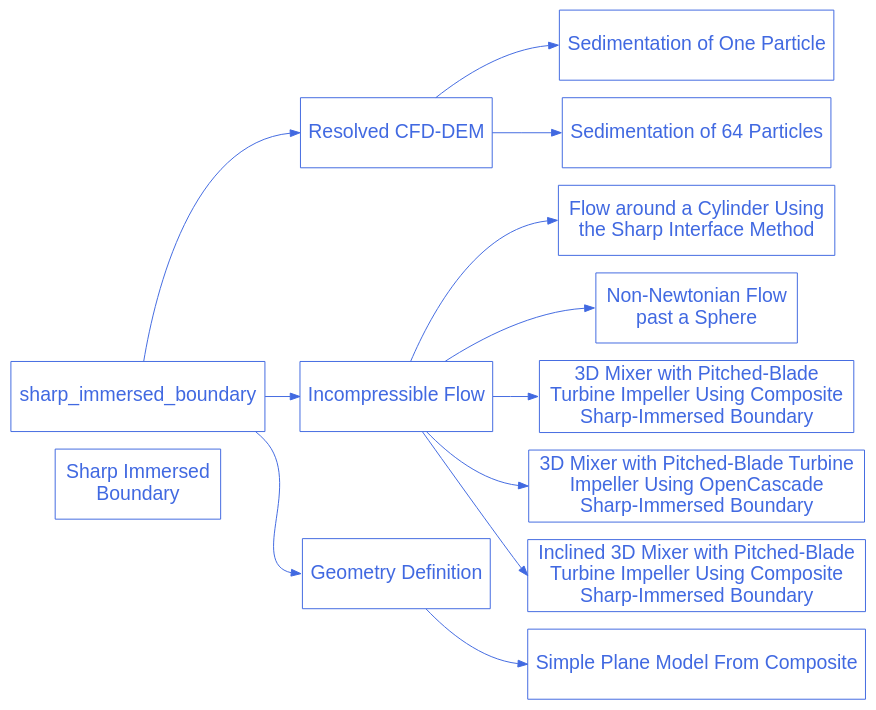
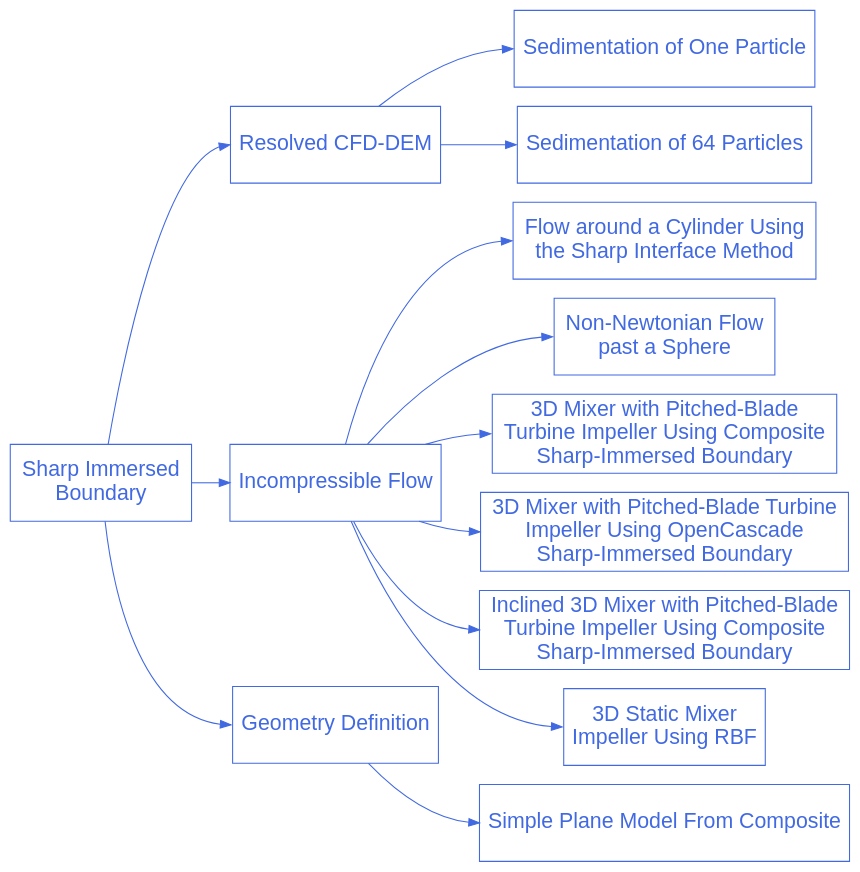
The diagram in doc/source/examples/sharp-immersed-boundary/sharp-immersed-boundary.rst (chaos-polymtl/lethe), drawn with Graphviz before and after one commit. The commit also changed 21 other files, not shown here.

First line of the commit message:
Example RBF in static mixer (#957)

```diff
--- a/doc/source/examples/sharp-immersed-boundary/sharp-immersed-boundary.rst
+++ b/doc/source/examples/sharp-immersed-boundary/sharp-immersed-boundary.rst
@@ -14,46 +14,49 @@
 .. graphviz:: 
 
     digraph sharp_diagram {
       graph [bgcolor="transparent", align=true];
       node [fontname=Arial, fontsize=20, shape=box, fontcolor=royalblue, color=royalblue, height=1];
       edge [color=royalblue];
       rankdir="LR";
       size = "9,9";
       
       sharp_immersed_boundary_solver [label="Sharp Immersed \nBoundary", href="https://lethe-cfd.github.io/lethe/documentation/examples/sharp-immersed-boundary/sharp-immersed-boundary.html"];
 
       sharp_1 [label="Resolved CFD-DEM", href="https://lethe-cfd.github.io/lethe/documentation/examples/sharp-immersed-boundary/resolved-cfd-dem.html"];
 
       sharp_1_1 [label="Sedimentation of One Particle", href="https://lethe-cfd.github.io/lethe/documentation/examples/sharp-immersed-boundary/sedimentation-1-particle/sedimentation-1-particle.html"];
 
       sharp_1_2 [label="Sedimentation of 64 Particles", href="https://lethe-cfd.github.io/lethe/documentation/examples/sharp-immersed-boundary/sedimentation-64-particles/sedimentation-64-particles.html"];
 
       sharp_2 [label="Incompressible Flow", href="https://lethe-cfd.github.io/lethe/documentation/examples/sharp-immersed-boundary/incompressible-flow.html"];
 
       sharp_2_1 [label="Flow around a Cylinder Using \nthe Sharp Interface Method", href="https://lethe-cfd.github.io/lethe/documentation/examples/sharp-immersed-boundary/cylinder-with-sharp-interface/cylinder-with-sharp-interface.html", tooltip="Flow around a cylinder using the sharp interface method"];
 
       sharp_2_2 [label="Non-Newtonian Flow \npast a Sphere", href="https://lethe-cfd.github.io/lethe/documentation/examples/sharp-immersed-boundary/sphere-carreau-with-sharp-interface/sphere-carreau-with-sharp-interface.html", tooltip="Non-Newtonian flow past a sphere"];
 
       sharp_2_3 [label="3D Mixer with Pitched-Blade \nTurbine Impeller Using Composite \nSharp-Immersed Boundary", href="https://lethe-cfd.github.io/lethe/documentation/examples/sharp-immersed-boundary/3d-composite-mixer-with-pbt-impeller/3d-composite-mixer-with-pbt-impeller.html", tooltip="3D Mixer with pitched-blade turbine impeller using Composite Sharp-immersed boundary"];
 
       sharp_2_4 [label="3D Mixer with Pitched-Blade Turbine \nImpeller Using OpenCascade \nSharp-Immersed Boundary", href="https://lethe-cfd.github.io/lethe/documentation/examples/sharp-immersed-boundary/3d-opencascade-mixer-with-pbt-impeller/3d-opencascade-mixer-with-pbt-impeller.html", tooltip="3D Mixer with pitched-blade turbine impeller using OpenCascade Sharp-immersed boundary"];
-      
+
       sharp_2_5 [label="Inclined 3D Mixer with Pitched-Blade \nTurbine Impeller Using Composite \nSharp-Immersed Boundary", href="https://lethe-cfd.github.io/lethe/documentation/examples/sharp-immersed-boundary/inclined-3d-composite-mixer-with-pbt-impeller/inclined-3d-composite-mixer-with-pbt-impeller.html", tooltip="Inclined 3D mixer with pitched-blade turbine impeller using composite sharp-immersed boundary"];
       
+      sharp_2_6 [label="3D Static Mixer \nImpeller Using RBF", href="https://lethe-cfd.github.io/lethe/documentation/examples/sharp-immersed-boundary/3d-rbf-static-mixer/3d-rbf-static-mixer.html", tooltip="3D Static Mixer \nImpeller Using RBF Sharp-immersed boundary"];
+
       sharp_3 [label="Geometry Definition", href="https://lethe-cfd.github.io/lethe/documentation/examples/sharp-immersed-boundary/geometry-definition.html"];
-      
+
       sharp_3_1 [label="Simple Plane Model From Composite", href="https://lethe-cfd.github.io/lethe/documentation/examples/sharp-immersed-boundary/sharp-immersed-boundary/simple-plane-model-from-composite.html", tooltip="Simple Plane Model From Composite"];
 
-      sharp_immersed_boundary -> sharp_1:w;
-      sharp_immersed_boundary -> sharp_2:w;
-      sharp_immersed_boundary -> sharp_3:w;
+      sharp_immersed_boundary_solver -> sharp_1:w;
+      sharp_immersed_boundary_solver -> sharp_2:w;
+      sharp_immersed_boundary_solver -> sharp_3:w;
 
       sharp_1 -> sharp_1_1:w;
       sharp_1 -> sharp_1_2:w;
       sharp_2 -> sharp_2_1:w;
       sharp_2 -> sharp_2_2:w;
       sharp_2 -> sharp_2_3:w;
       sharp_2 -> sharp_2_4:w;
       sharp_2 -> sharp_2_5:w;
+      sharp_2 -> sharp_2_6:w;
       sharp_3 -> sharp_3_1:w;
     }
```
